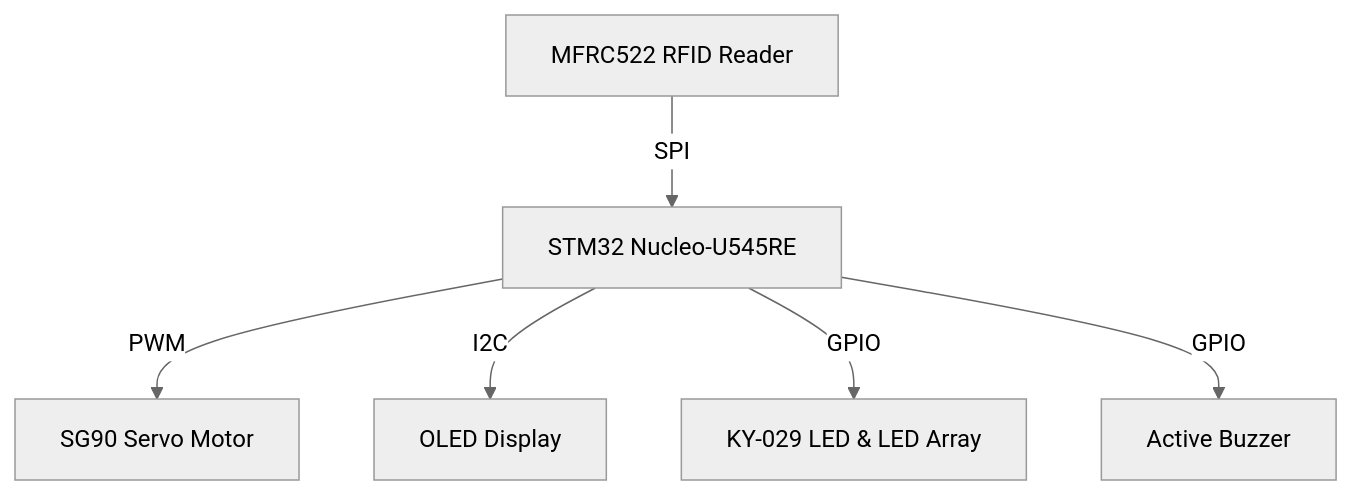
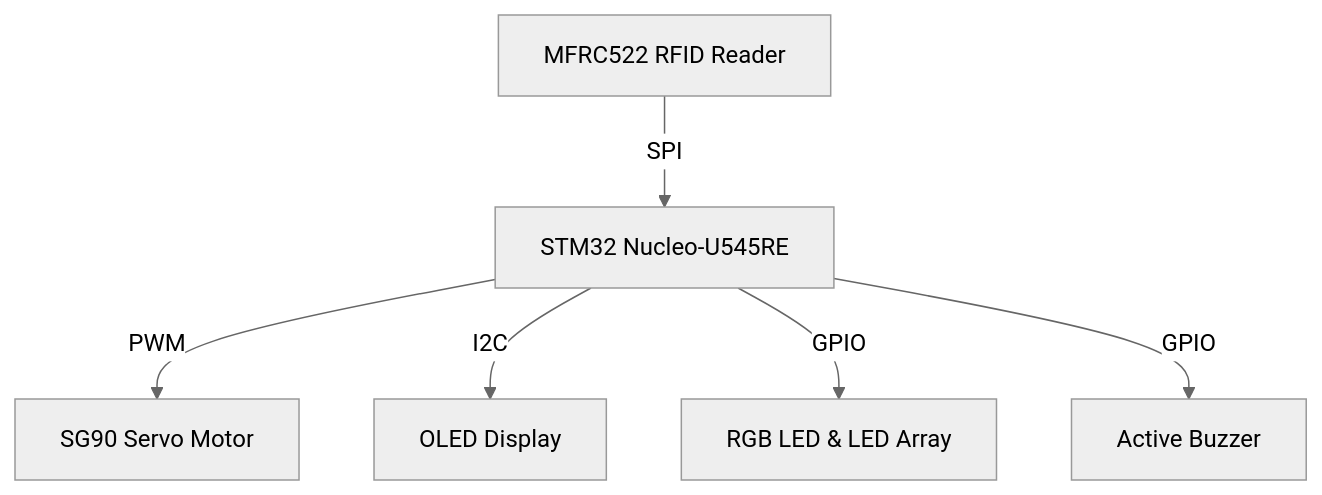
One commit to UPB-PMRust/website changed the diagram in website/versioned_docs/version-fils_en/project/2026/yelyzaveta.lysenko/index.md. Above: the diagram before and after it, drawn with Mermaid (neutral theme). The commit also changed other lines of this file, not shown here.

Commit message:
Update RGB LED and log

````diff
--- a/website/versioned_docs/version-fils_en/project/2026/yelyzaveta.lysenko/index.md
+++ b/website/versioned_docs/version-fils_en/project/2026/yelyzaveta.lysenko/index.md
@@ -29,8 +29,8 @@
 ```mermaid
 graph TD
     RFID[MFRC522 RFID Reader] -- SPI --> MCU[STM32 Nucleo-U545RE]
     MCU -- PWM --> Servo[SG90 Servo Motor]
     MCU -- I2C --> OLED[OLED Display]
-    MCU -- GPIO --> LED[KY-029 LED & LED Array]
+    MCU -- GPIO --> LED[RGB LED & LED Array]
     MCU -- GPIO --> Buzzer[Active Buzzer]
 ```
````
